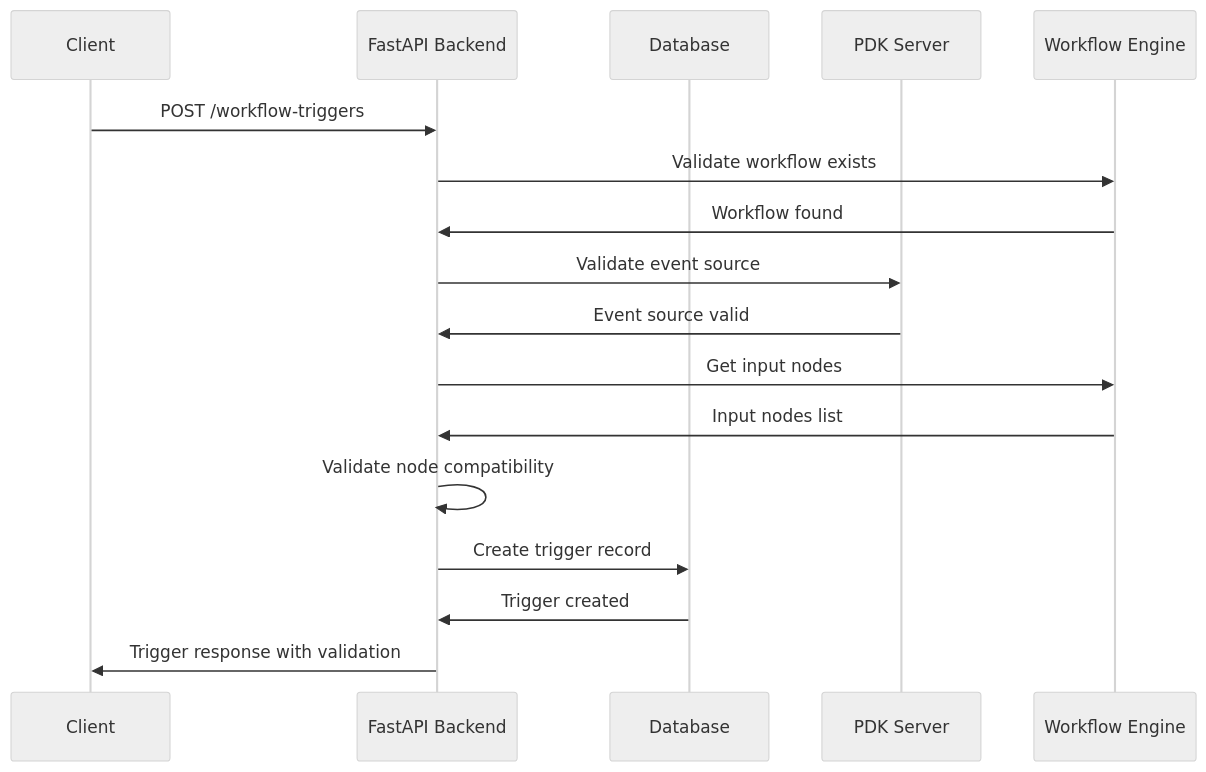
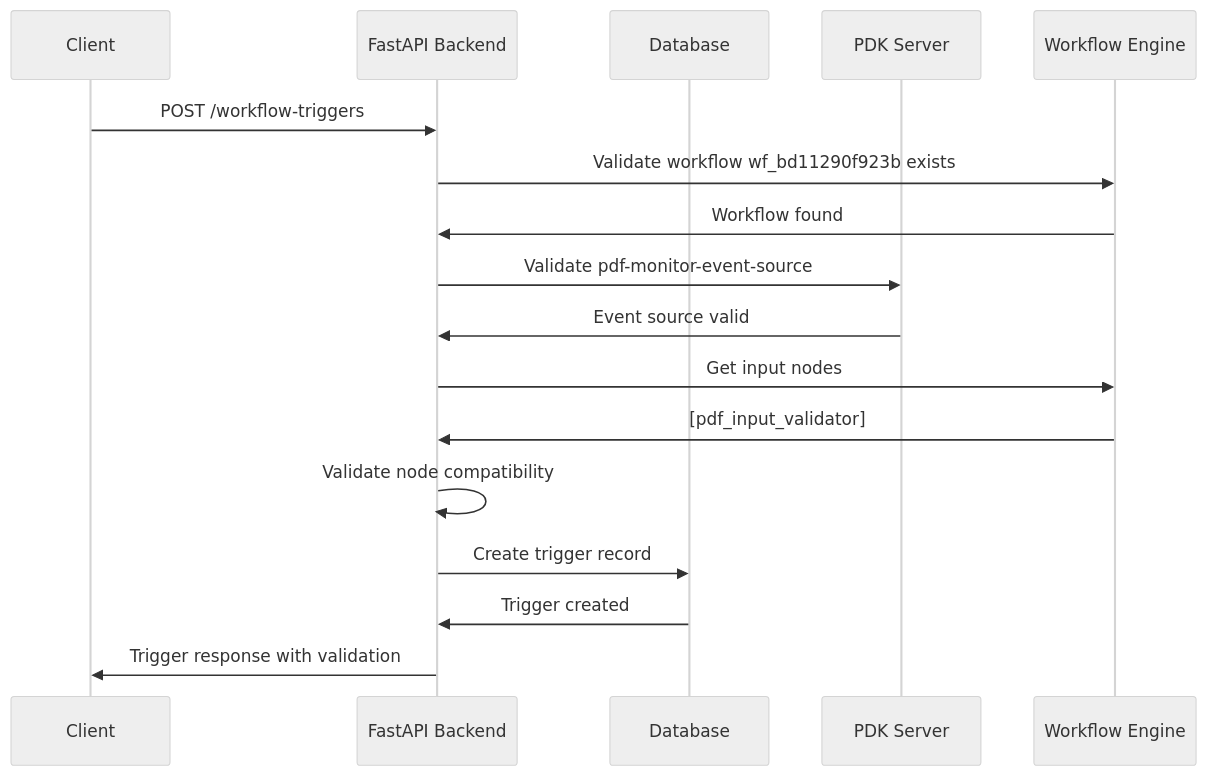
The first of 2 diagrams in PramaIAServer/docs/api/TRIGGER_SYSTEM_API_DOCUMENTATION.md (sainumannu/PramaIA-Constellation), drawn with Mermaid (neutral theme) before and after one commit. The commit also changed other lines of this file and 135 other files, not shown here.

````diff
--- a/PramaIAServer/docs/api/TRIGGER_SYSTEM_API_DOCUMENTATION.md
+++ b/PramaIAServer/docs/api/TRIGGER_SYSTEM_API_DOCUMENTATION.md
@@ -246,20 +267,20 @@
 ```mermaid
 sequenceDiagram
     participant C as Client
     participant API as FastAPI Backend
     participant DB as Database
     participant PDK as PDK Server
     participant WE as Workflow Engine
 
     C->>API: POST /workflow-triggers
-    API->>WE: Validate workflow exists
+    API->>WE: Validate workflow wf_bd11290f923b exists
     WE->>API: Workflow found
-    API->>PDK: Validate event source
+    API->>PDK: Validate pdf-monitor-event-source
     PDK->>API: Event source valid
     API->>WE: Get input nodes
-    WE->>API: Input nodes list
+    WE->>API: [pdf_input_validator]
     API->>API: Validate node compatibility
     API->>DB: Create trigger record
     DB->>API: Trigger created
     API->>C: Trigger response with validation
 ```
````
